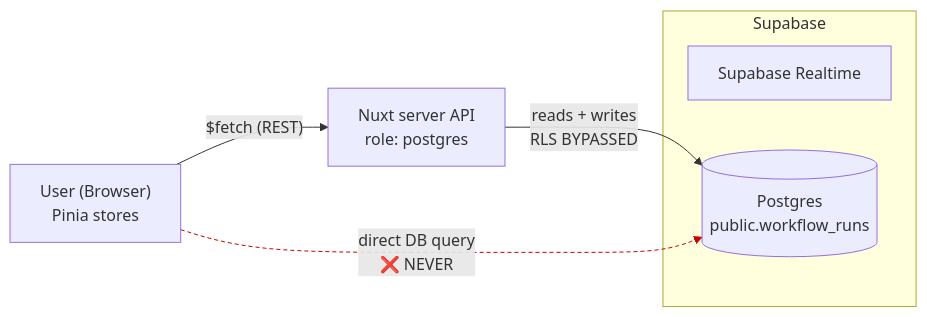
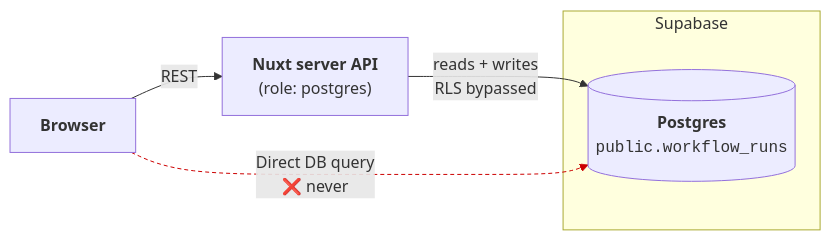
Before and after one commit to julie-ng/tally-split-ai: the first of 2 diagrams in docs/REALTIME.md, drawn with Mermaid. The commit also changed other lines of this file, not shown here.

Commit message:
docs(realtime): update diagram

````diff
--- a/docs/REALTIME.md
+++ b/docs/REALTIME.md
@@ -21,18 +21,17 @@
 ```mermaid
 flowchart LR
-  API["Nuxt server API<br/>role: postgres"]
-  Browser["User (Browser)<br/>Pinia stores"]
+  API["<strong>Nuxt server API</strong><br/>(role: postgres)"]
+  Browser["<strong>Browser</strong>"]
 
   subgraph Supabase
-    RT["Supabase Realtime"]
-    PG[("Postgres<br/>public.workflow_runs")]
+    PG[("<strong>Postgres</strong><br/><code>public.workflow_runs</code>")]    
   end
 
-  API -->|"reads + writes<br/>RLS BYPASSED"| PG
-  Browser -->|"$fetch (REST)"| API
+  API -->|"reads + writes<br/>RLS bypassed"| PG
+  Browser -->|"REST"| API
 
-  Browser -.->|"direct DB query<br/>❌ NEVER"| PG
+  Browser -.->|"Direct DB query<br/>❌ never"| PG  
 
   classDef forbidden stroke:#c00,stroke-dasharray:4 3,color:#c00;
   linkStyle 2 stroke:#c00,stroke-dasharray:4 3;
 ```
````
